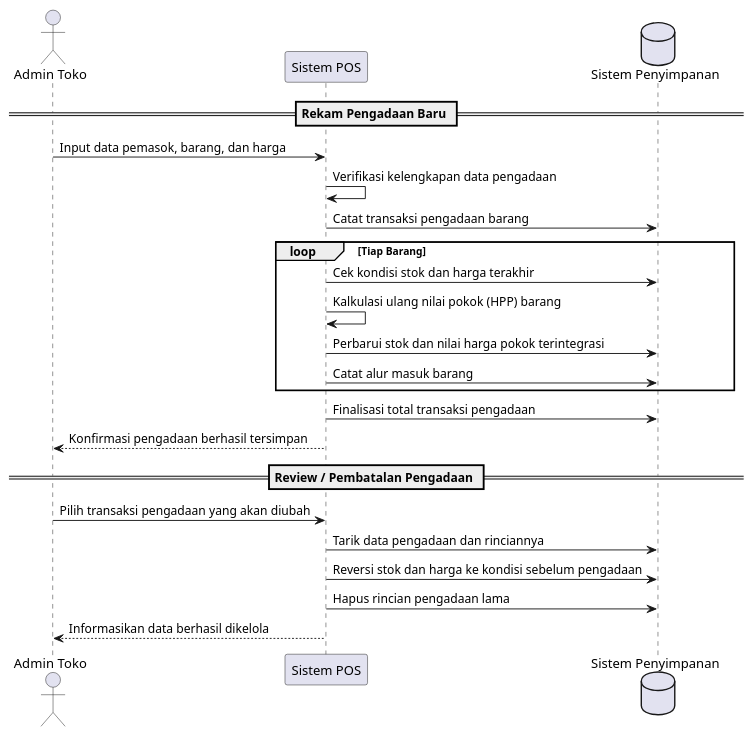
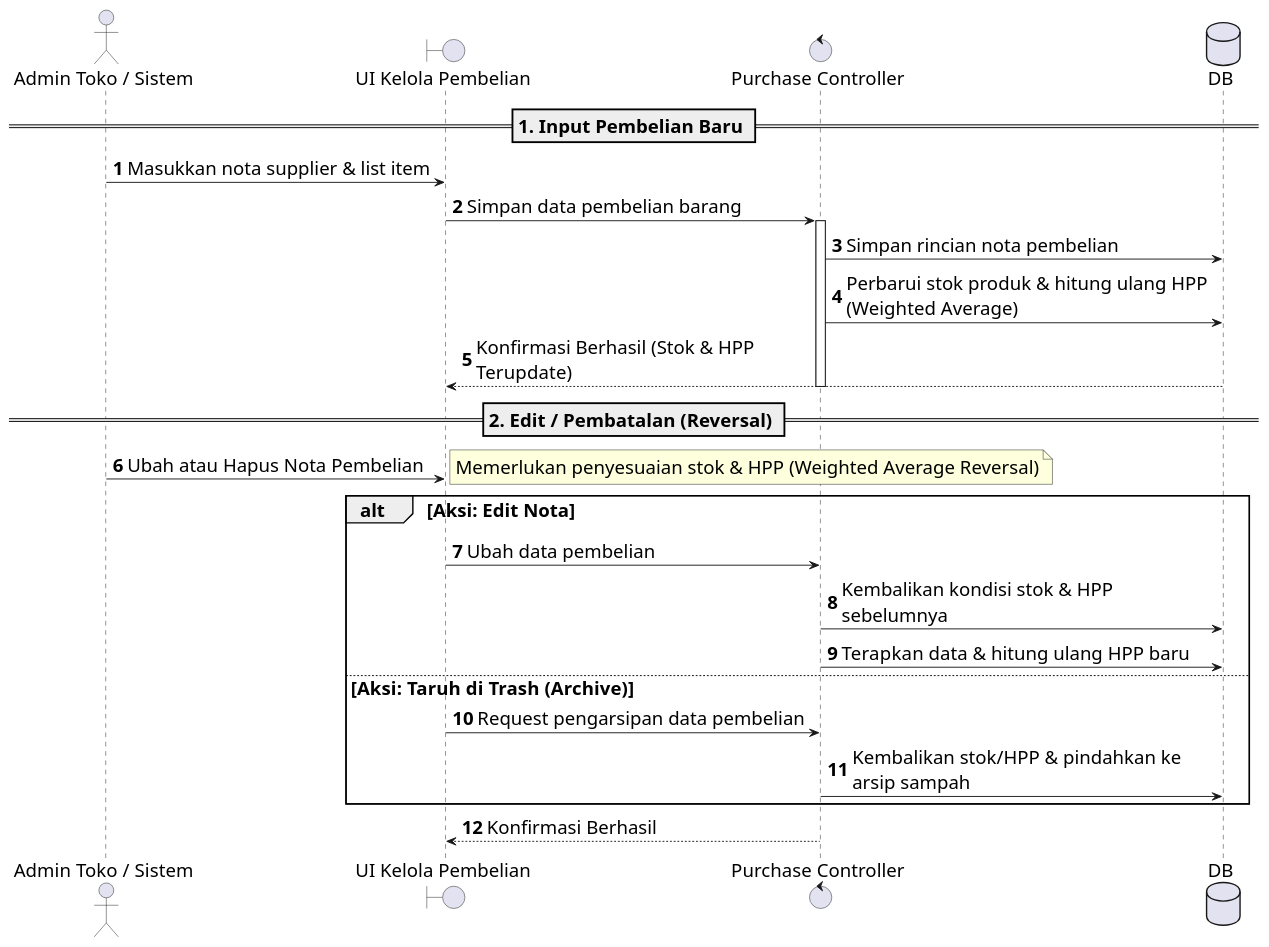
The diagram in docs/uml-sequence-purchase.puml (Aditiarzky/pos-app), drawn with PlantUML before and after one commit. The commit also changed 75 other files, not shown here.

```diff
--- a/docs/uml-sequence-purchase.puml
+++ b/docs/uml-sequence-purchase.puml
@@ -1,25 +1,37 @@
-@startuml
-actor "Admin Toko" as Admin
-participant "Sistem POS" as App
-database "Sistem Penyimpanan" as DB
+@startuml Purchase_Management_Sequence
+autonumber
 
-== Rekam Pengadaan Baru ==
-Admin -> App: Input data pemasok, barang, dan harga
-App -> App: Verifikasi kelengkapan data pengadaan
-App -> DB: Catat transaksi pengadaan barang
-loop Tiap Barang
-  App -> DB: Cek kondisi stok dan harga terakhir
-  App -> App: Kalkulasi ulang nilai pokok (HPP) barang
-  App -> DB: Perbarui stok dan nilai harga pokok terintegrasi
-  App -> DB: Catat alur masuk barang
+skinparam BoxPadding 10
+skinparam ParticipantPadding 10
+skinparam defaultFontSize 20
+skinparam maxMessageSize 400
+
+actor "Admin Toko / Sistem" as Admin
+boundary "UI Kelola Pembelian" as UI
+control "Purchase Controller" as Controller
+database "DB" as DB
+
+== 1. Input Pembelian Baru ==
+Admin -> UI : Masukkan nota supplier & list item
+UI -> Controller : Simpan data pembelian barang
+activate Controller
+Controller -> DB : Simpan rincian nota pembelian
+Controller -> DB : Perbarui stok produk & hitung ulang HPP (Weighted Average)
+DB --> UI : Konfirmasi Berhasil (Stok & HPP Terupdate)
+deactivate Controller
+
+== 2. Edit / Pembatalan (Reversal) ==
+Admin -> UI : Ubah atau Hapus Nota Pembelian
+note right: Memerlukan penyesuaian stok & HPP (Weighted Average Reversal)
+
+alt Aksi: Edit Nota
+    UI -> Controller : Ubah data pembelian
+    Controller -> DB : Kembalikan kondisi stok & HPP sebelumnya
+    Controller -> DB : Terapkan data & hitung ulang HPP baru
+else Aksi: Taruh di Trash (Archive)
+    UI -> Controller : Request pengarsipan data pembelian
+    Controller -> DB : Kembalikan stok/HPP & pindahkan ke arsip sampah
 end
-App -> DB: Finalisasi total transaksi pengadaan
-App --> Admin: Konfirmasi pengadaan berhasil tersimpan
 
-== Review / Pembatalan Pengadaan ==
-Admin -> App: Pilih transaksi pengadaan yang akan diubah
-App -> DB: Tarik data pengadaan dan rinciannya
-App -> DB: Reversi stok dan harga ke kondisi sebelum pengadaan
-App -> DB: Hapus rincian pengadaan lama
-App --> Admin: Informasikan data berhasil dikelola
+Controller --> UI : Konfirmasi Berhasil
 @enduml
```
